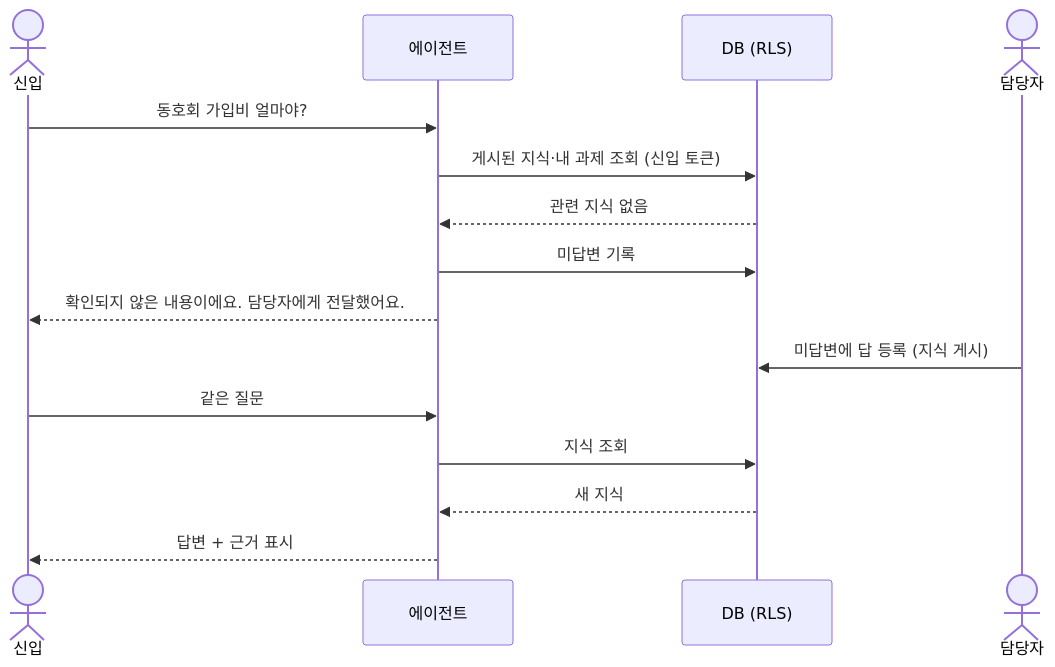
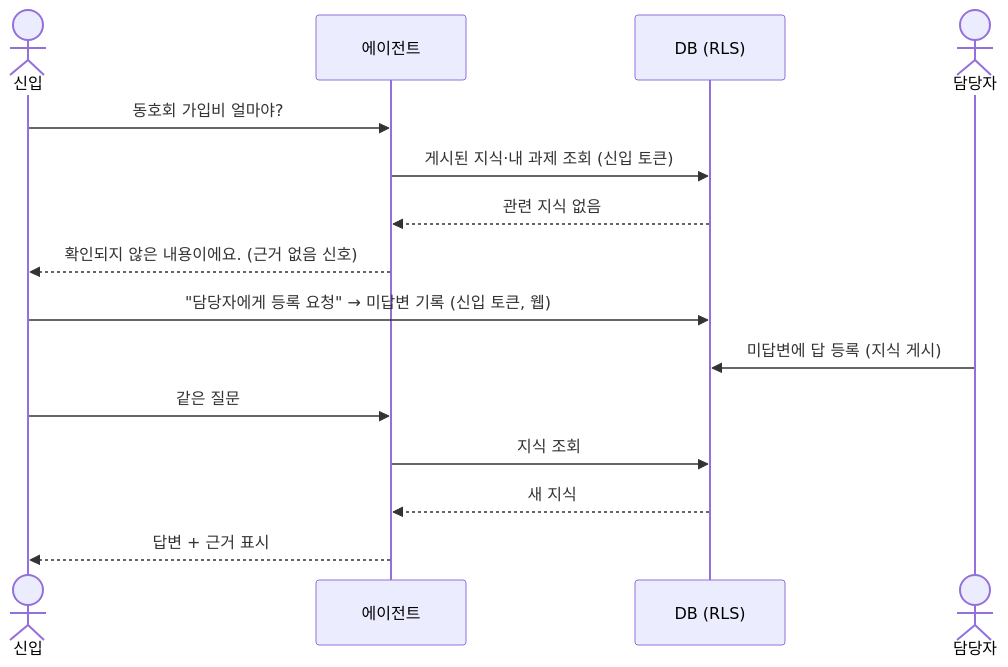
The second of 4 diagrams in docs/architecture.md (silvertae/onboarding-agent), drawn with Mermaid before and after one commit. The commit also changed other lines of this file and 15 other files, not shown here.

````diff
--- a/docs/architecture.md
+++ b/docs/architecture.md
@@ -49,17 +49,17 @@
 ```mermaid
 sequenceDiagram
     actor 신입
     participant 에이전트
     participant DB as DB (RLS)
     actor 담당자
     신입->>에이전트: 동호회 가입비 얼마야?
     에이전트->>DB: 게시된 지식·내 과제 조회 (신입 토큰)
     DB-->>에이전트: 관련 지식 없음
-    에이전트->>DB: 미답변 기록
-    에이전트-->>신입: 확인되지 않은 내용이에요. 담당자에게 전달했어요.
+    에이전트-->>신입: 확인되지 않은 내용이에요. (근거 없음 신호)
+    신입->>DB: "담당자에게 등록 요청" → 미답변 기록 (신입 토큰, 웹)
     담당자->>DB: 미답변에 답 등록 (지식 게시)
     신입->>에이전트: 같은 질문
     에이전트->>DB: 지식 조회
     DB-->>에이전트: 새 지식
     에이전트-->>신입: 답변 + 근거 표시
 ```
````
